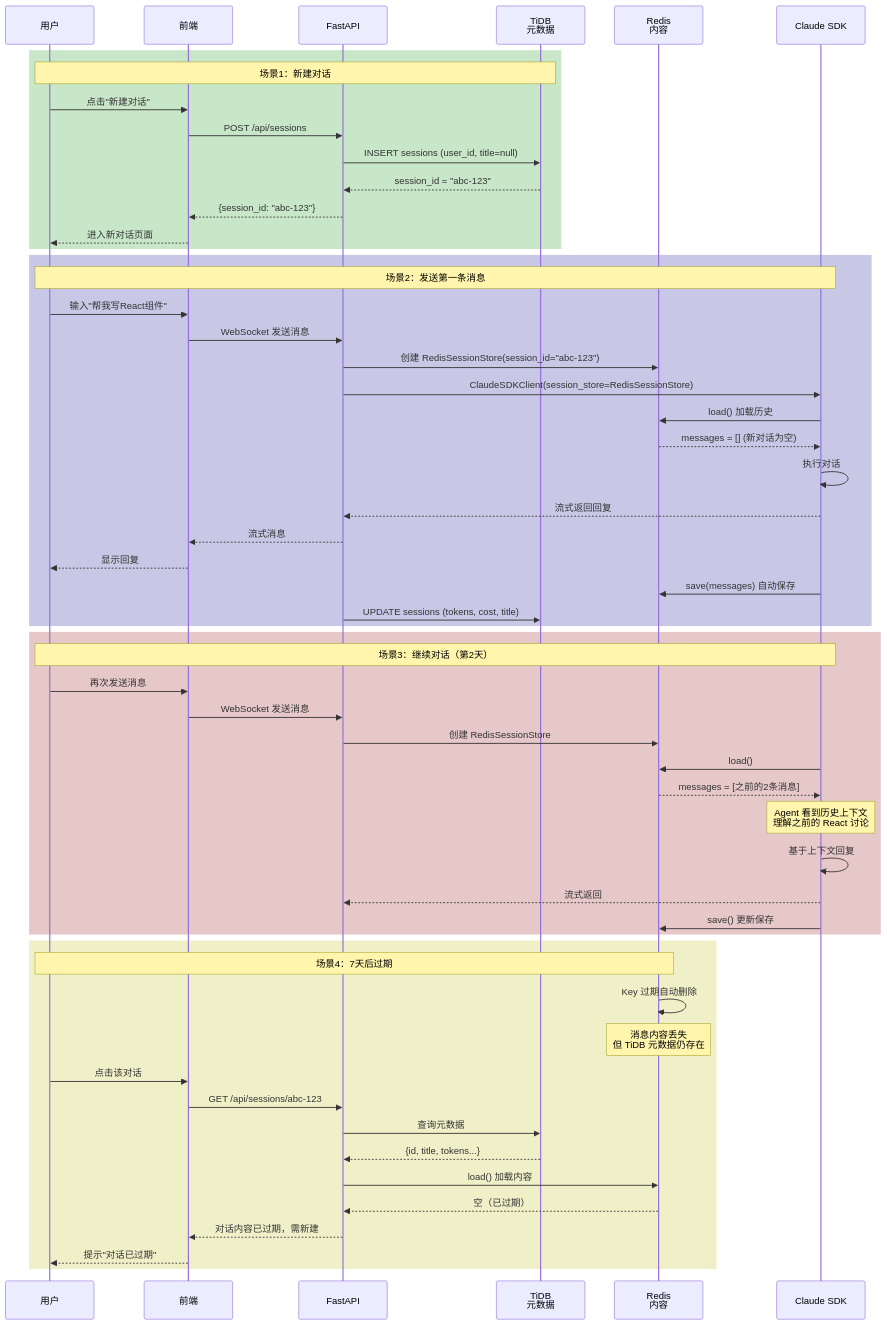
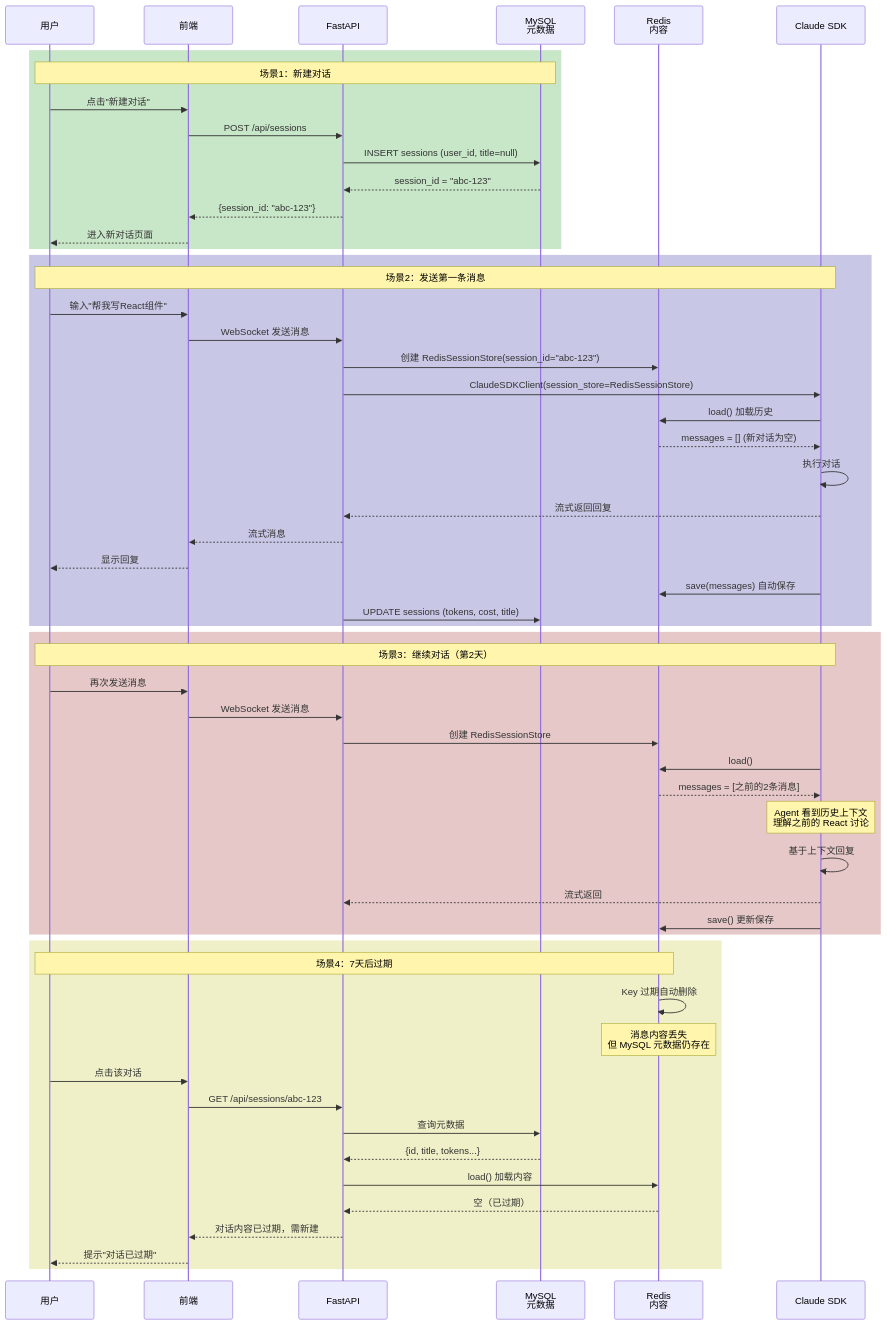
Before and after one commit to xiaocaipi/mm-doc: diagram 12 of 27 in agent/agent_project_design_1.md, drawn with Mermaid. The commit also changed other lines of this file and 1 other file, not shown here.

````diff
--- a/agent/agent_project_design_1.md
+++ b/agent/agent_project_design_1.md
@@ -585,66 +617,66 @@
 ```mermaid
 sequenceDiagram
     participant User as 用户
     participant Frontend as 前端
     participant API as FastAPI
-    participant TiDB as TiDB<br/>元数据
+    participant MySQL as MySQL<br/>元数据
     participant Redis as Redis<br/>内容
     participant SDK as Claude SDK
 
     %% 场景1：新建对话
     rect rgb(200, 230, 200)
-        Note over User, TiDB: 场景1：新建对话
+        Note over User, MySQL: 场景1：新建对话
         User->>Frontend: 点击"新建对话"
         Frontend->>API: POST /api/sessions
-        API->>TiDB: INSERT sessions (user_id, title=null)
-        TiDB-->>API: session_id = "abc-123"
+        API->>MySQL: INSERT sessions (user_id, title=null)
+        MySQL-->>API: session_id = "abc-123"
         API-->>Frontend: {session_id: "abc-123"}
         Frontend-->>User: 进入新对话页面
     end
 
     %% 场景2：发送第一条消息
     rect rgb(200, 200, 230)
         Note over User, SDK: 场景2：发送第一条消息
         User->>Frontend: 输入"帮我写React组件"
         Frontend->>API: WebSocket 发送消息
         API->>Redis: 创建 RedisSessionStore(session_id="abc-123")
         API->>SDK: ClaudeSDKClient(session_store=RedisSessionStore)
         SDK->>Redis: load() 加载历史
         Redis-->>SDK: messages = [] (新对话为空)
         SDK->>SDK: 执行对话
         SDK-->>API: 流式返回回复
         API-->>Frontend: 流式消息
         Frontend-->>User: 显示回复
         SDK->>Redis: save(messages) 自动保存
-        API->>TiDB: UPDATE sessions (tokens, cost, title)
+        API->>MySQL: UPDATE sessions (tokens, cost, title)
     end
 
     %% 场景3：继续对话
     rect rgb(230, 200, 200)
         Note over User, SDK: 场景3：继续对话（第2天）
         User->>Frontend: 再次发送消息
         Frontend->>API: WebSocket 发送消息
         API->>Redis: 创建 RedisSessionStore
         SDK->>Redis: load()
         Redis-->>SDK: messages = [之前的2条消息]
         Note over SDK: Agent 看到历史上下文<br/>理解之前的 React 讨论
         SDK->>SDK: 基于上下文回复
         SDK-->>API: 流式返回
         SDK->>Redis: save() 更新保存
     end
 
     %% 场景4：过期处理
     rect rgb(240, 240, 200)
         Note over User, Redis: 场景4：7天后过期
         Redis->>Redis: Key 过期自动删除
-        Note over Redis: 消息内容丢失<br/>但 TiDB 元数据仍存在
+        Note over Redis: 消息内容丢失<br/>但 MySQL 元数据仍存在
         User->>Frontend: 点击该对话
         Frontend->>API: GET /api/sessions/abc-123
-        API->>TiDB: 查询元数据
-        TiDB-->>API: {id, title, tokens...}
+        API->>MySQL: 查询元数据
+        MySQL-->>API: {id, title, tokens...}
         API->>Redis: load() 加载内容
         Redis-->>API: 空（已过期）
         API-->>Frontend: 对话内容已过期，需新建
         Frontend-->>User: 提示"对话已过期"
     end
 ```
````
